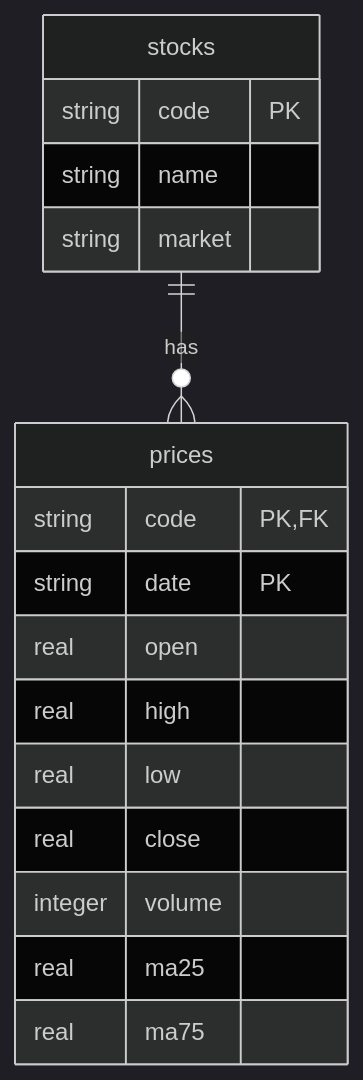
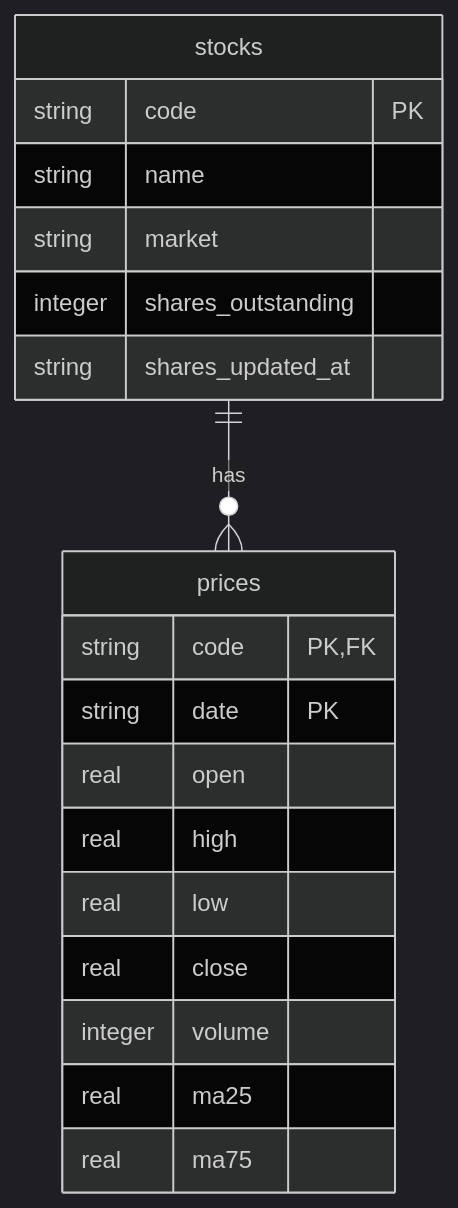
One commit to git-san-934/tse-price-db changed the second of 4 diagrams in docs/functional-design.md. Above: the diagram before and after it, drawn with Mermaid (dark theme). The commit also changed other lines of this file and 9 other files, not shown here.

````diff
--- a/docs/functional-design.md
+++ b/docs/functional-design.md
@@ -41,20 +47,22 @@
 ```mermaid
 erDiagram
   stocks ||--o{ prices : has
   stocks {
     string code PK
     string name
     string market
+    integer shares_outstanding
+    string shares_updated_at
   }
   prices {
     string code PK, FK
     string date PK
     real open
     real high
     real low
     real close
     integer volume
     real ma25
     real ma75
   }
 ```
````
